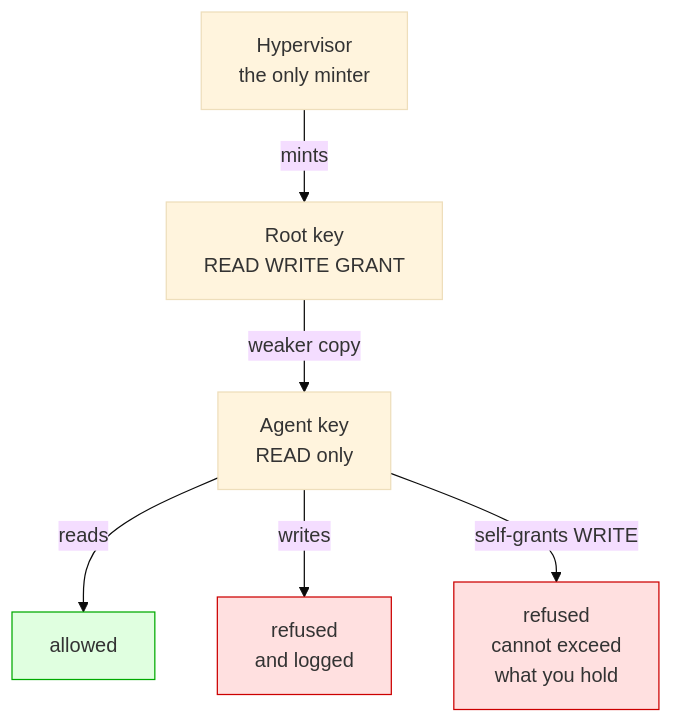
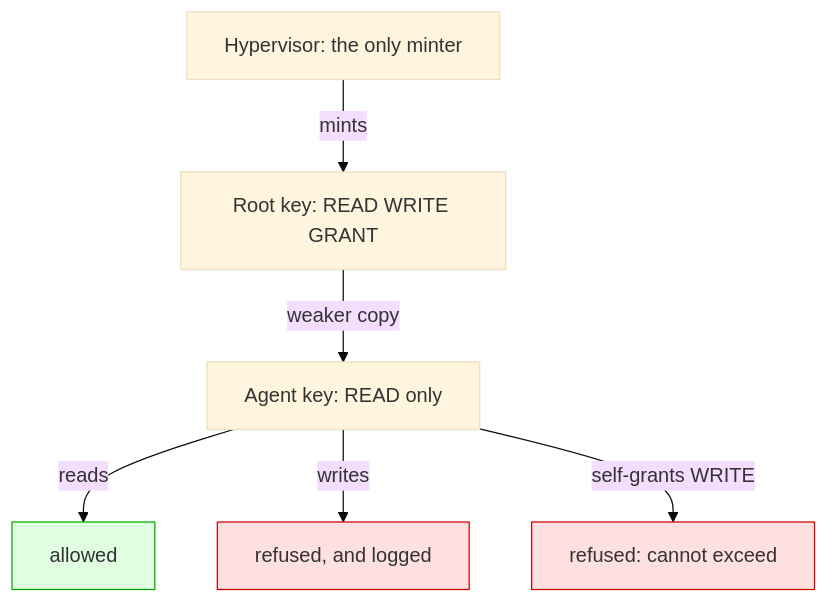
Before and after one commit to mondweep/vibe-cast: the third of 9 diagrams in README.md, drawn with Mermaid (base theme). The commit also changed other lines of this file, not shown here.

````diff
--- a/README.md
+++ b/README.md
@@ -208,14 +221,14 @@
 ```mermaid
 flowchart TB
-    H["Hypervisor<br/>the only minter"]
-    R["Root key<br/>READ WRITE GRANT"]
-    A["Agent key<br/>READ only"]
+    H["Hypervisor: the only minter"]
+    R["Root key: READ WRITE GRANT"]
+    A["Agent key: READ only"]
     H -->|mints| R
     R -->|"weaker copy"| A
     A -->|reads| OK["allowed"]
-    A -->|writes| NO["refused<br/>and logged"]
-    A -->|"self-grants WRITE"| NO2["refused<br/>cannot exceed<br/>what you hold"]
+    A -->|writes| NO["refused, and logged"]
+    A -->|"self-grants WRITE"| NO2["refused: cannot exceed"]
     style OK fill:#e0ffe0,stroke:#0a0
     style NO fill:#ffe0e0,stroke:#c00
     style NO2 fill:#ffe0e0,stroke:#c00
 ```
````
